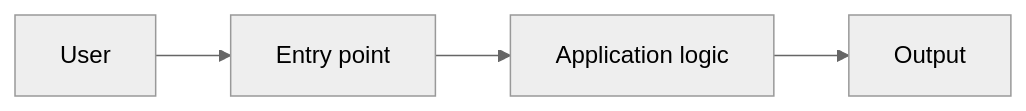
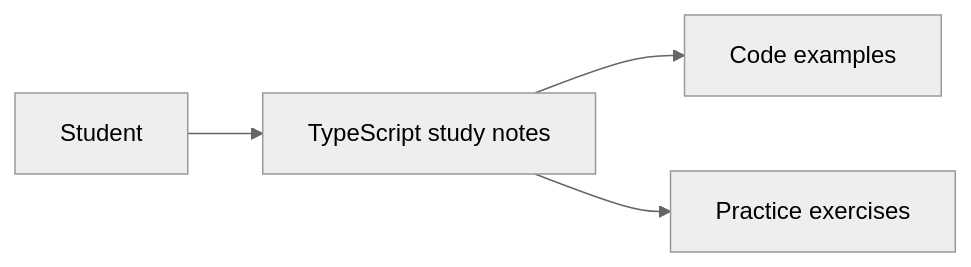
One commit to ALPHAMAN-0/TypeScript_AIUB changed the diagram in README.md. Above: the diagram before and after it, drawn with Mermaid (neutral theme). The commit also changed 20 other files, not shown here.

Commit message:
docs: refine architecture diagram with repo-specific detail

````diff
--- a/README.md
+++ b/README.md
@@ -5,6 +5,6 @@
 ```mermaid
 flowchart LR
-    User --> Entry[Entry point]
-    Entry --> Logic[Application logic]
-    Logic --> Output[Output]
+    Student --> Notes[TypeScript study notes]
+    Notes --> Examples[Code examples]
+    Notes --> Exercises[Practice exercises]
 ```
````
